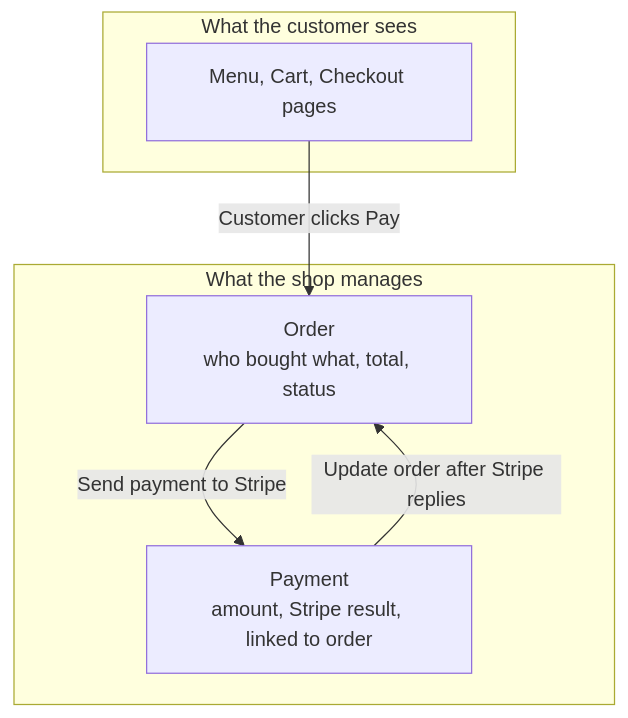
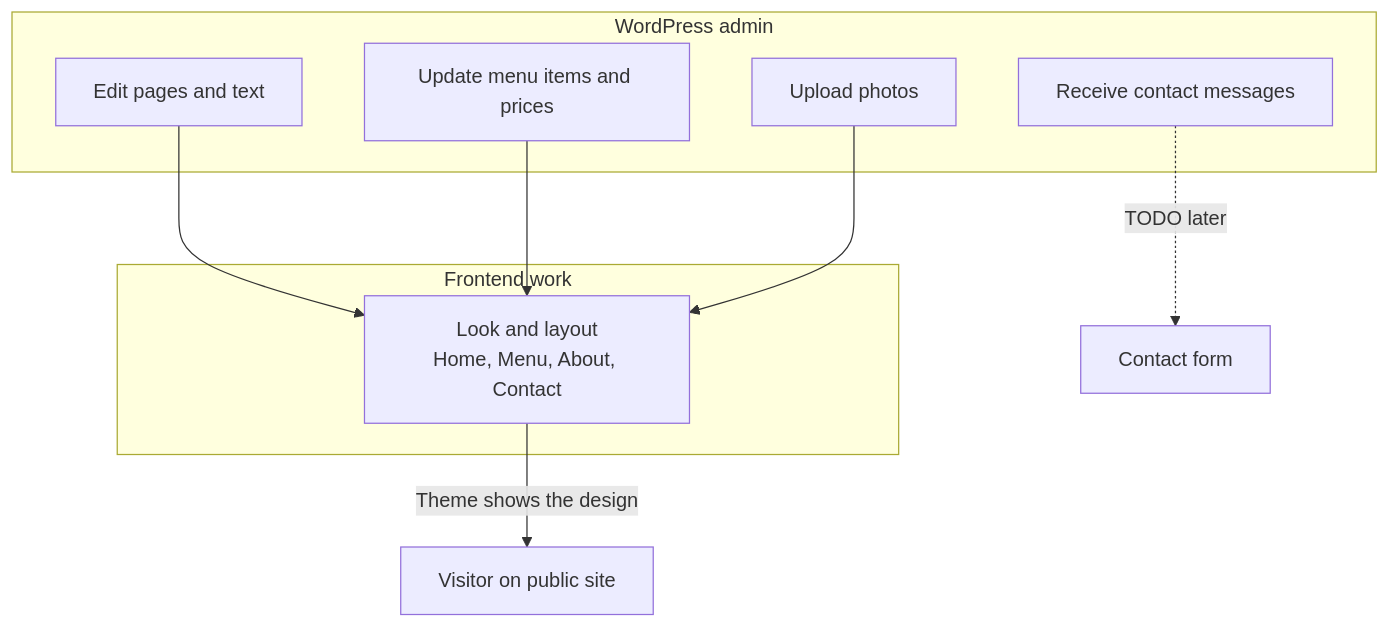
Before and after one commit to Minthawphyo/cp3402-2026-teamCharlie: the second of 3 diagrams in workflow.md, drawn with Mermaid. The commit also changed other lines of this file and 1 other file, not shown here.

````diff
--- a/workflow.md
+++ b/workflow.md
@@ -178,15 +66,19 @@
 ```mermaid
 flowchart TB
-  subgraph CustomerSees[What the customer sees]
-    UI[Menu, Cart, Checkout pages]
+  subgraph Frontend[Frontend work]
+    UI[Look and layout<br/>Home, Menu, About, Contact]
   end
 
-  subgraph ShopManages[What the shop manages]
-    O[Order<br/>who bought what, total, status]
-    T[Payment<br/>amount, Stripe result, linked to order]
+  subgraph WordPress[WordPress admin]
+    C[Edit pages and text]
+    M[Update menu items and prices]
+    P[Upload photos]
+    F[Receive contact messages]
   end
 
-  UI -->|Customer clicks Pay| O
-  O -->|Send payment to Stripe| T
-  T -->|Update order after Stripe replies| O
+  UI -->|Theme shows the design| Visitor[Visitor on public site]
+  C --> UI
+  M --> UI
+  P --> UI
+  F -.->|TODO later| ContactForm[Contact form]
 ```
````
